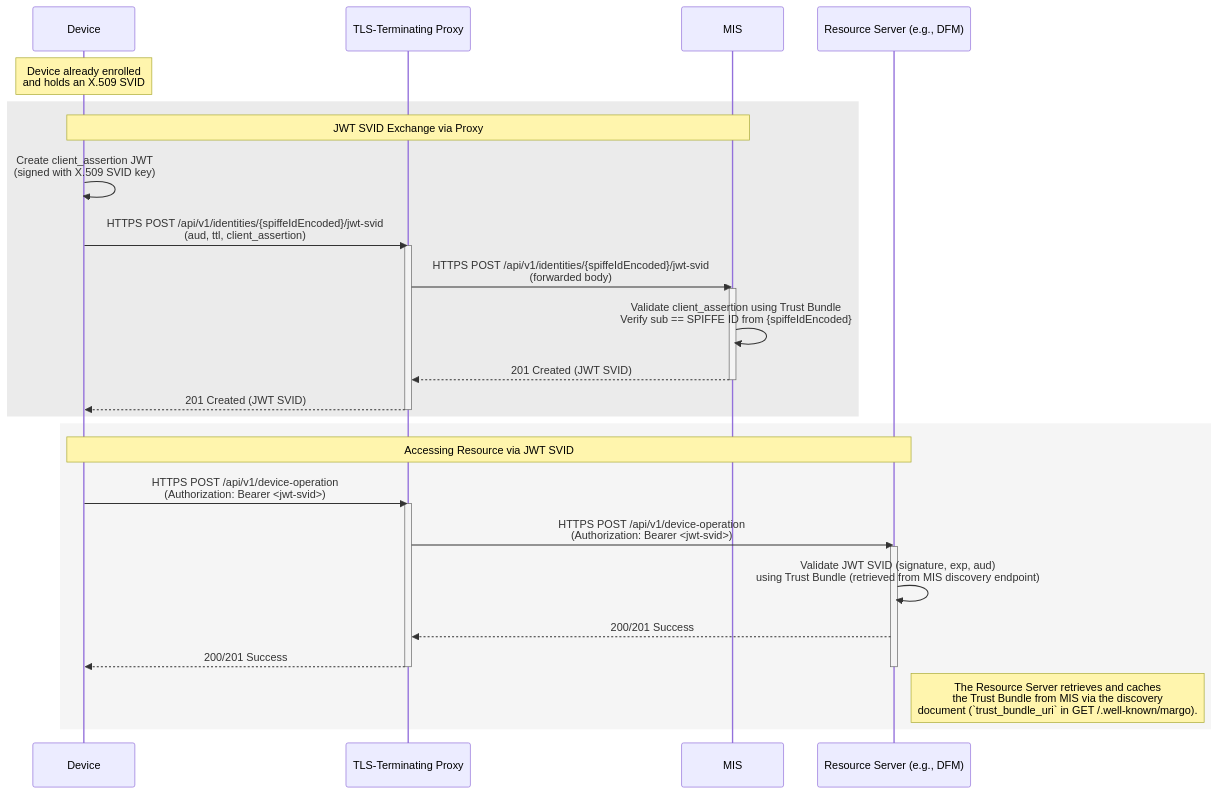
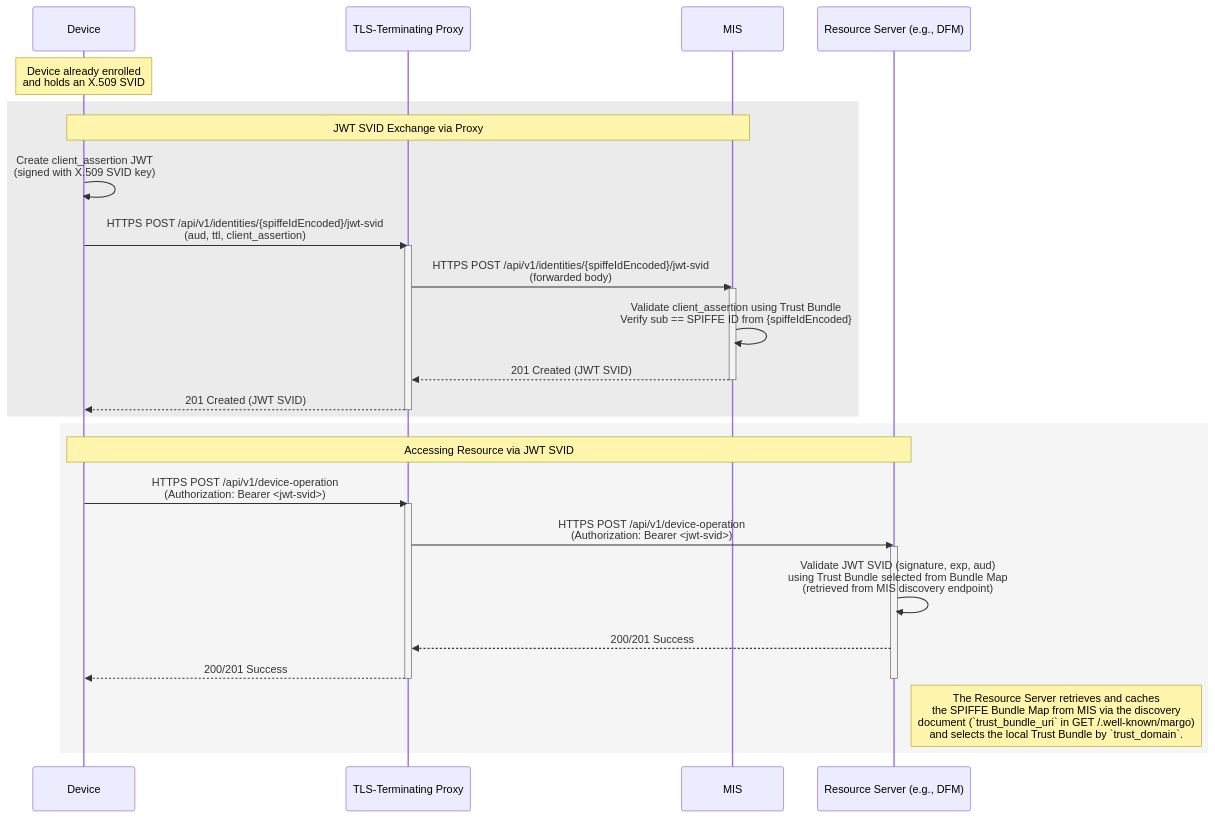
The third of 8 diagrams in proposals/margo-identity-and-authorization-framework.md (margo/specification-enhancements), drawn with Mermaid before and after one commit. The commit also changed other lines of this file, not shown here.

Commit message:
docs: clarify trust_bundle_uri as Bundle Map

````diff
--- a/proposals/margo-identity-and-authorization-framework.md
+++ b/proposals/margo-identity-and-authorization-framework.md
@@ -1630,38 +1630,38 @@
 ```mermaid
 sequenceDiagram
     participant Device
     participant Proxy as TLS-Terminating Proxy
     participant MIS
     participant RS as Resource Server (e.g., DFM)
 
     note over Device: Device already enrolled<br/>and holds an X.509 SVID
 
     rect rgb(235,235,235)
         note over Device,MIS: JWT SVID Exchange via Proxy
         Device->>Device: Create client_assertion JWT<br/>(signed with X.509 SVID key)
         Device->>Proxy: HTTPS POST /api/v1/identities/{spiffeIdEncoded}/jwt-svid<br/>(aud, ttl, client_assertion)
         activate Proxy
         Proxy->>MIS: HTTPS POST /api/v1/identities/{spiffeIdEncoded}/jwt-svid<br/>(forwarded body)
         activate MIS
         MIS->>MIS: Validate client_assertion using Trust Bundle<br/>Verify sub == SPIFFE ID from {spiffeIdEncoded}
         MIS-->>Proxy: 201 Created (JWT SVID)
         deactivate MIS
         Proxy-->>Device: 201 Created (JWT SVID)
         deactivate Proxy
     end
 
     rect rgb(245,245,245)
         note over Device,RS: Accessing Resource via JWT SVID
         Device->>Proxy: HTTPS POST /api/v1/device-operation<br/>(Authorization: Bearer <jwt-svid>)
         activate Proxy
         Proxy->>RS: HTTPS POST /api/v1/device-operation<br/>(Authorization: Bearer <jwt-svid>)
         activate RS
-        RS->>RS: Validate JWT SVID (signature, exp, aud)<br/>using Trust Bundle (retrieved from MIS discovery endpoint)
+        RS->>RS: Validate JWT SVID (signature, exp, aud)<br/>using Trust Bundle selected from Bundle Map<br/>(retrieved from MIS discovery endpoint)
         RS-->>Proxy: 200/201 Success
         Proxy-->>Device: 200/201 Success
         deactivate RS
         deactivate Proxy
 
-    note right of RS: The Resource Server retrieves and caches<br/>the Trust Bundle from MIS via the discovery<br/>document (`trust_bundle_uri` in GET /.well-known/margo).
+      note right of RS: The Resource Server retrieves and caches<br/>the SPIFFE Bundle Map from MIS via the discovery<br/>document (`trust_bundle_uri` in GET /.well-known/margo)<br/>and selects the local Trust Bundle by `trust_domain`.
     end
 ```
````
